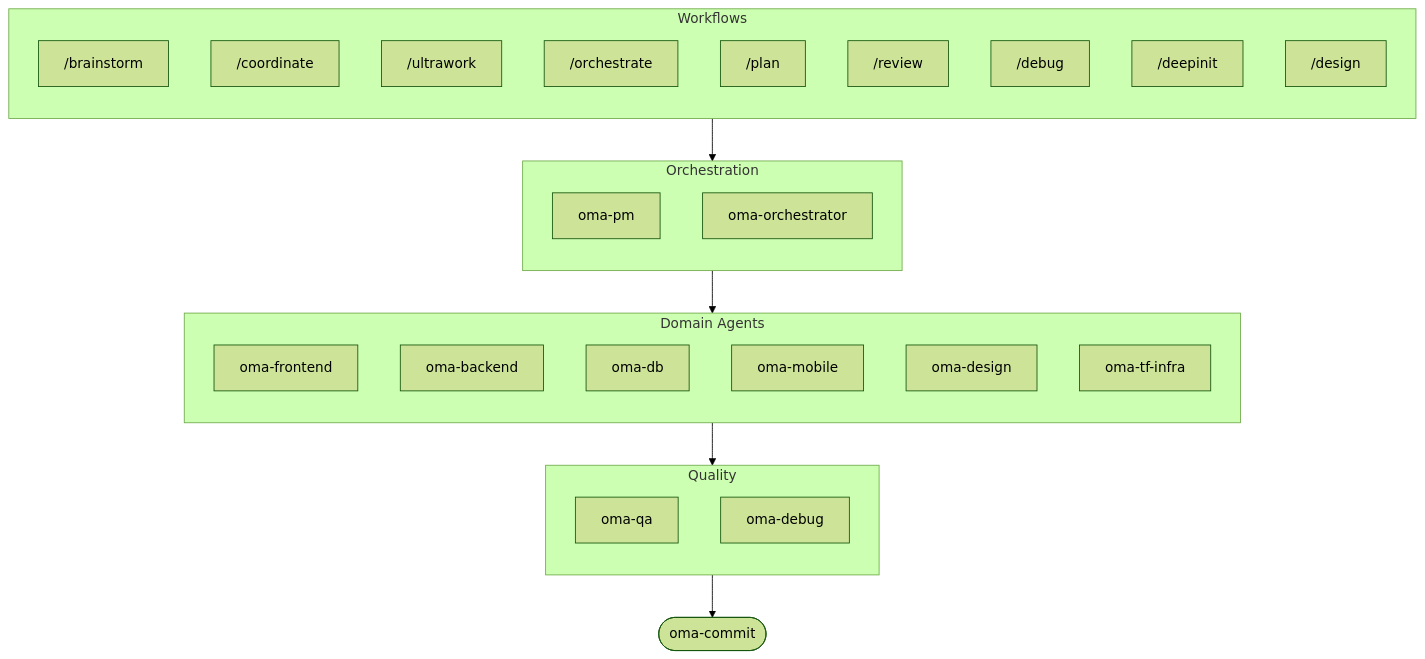
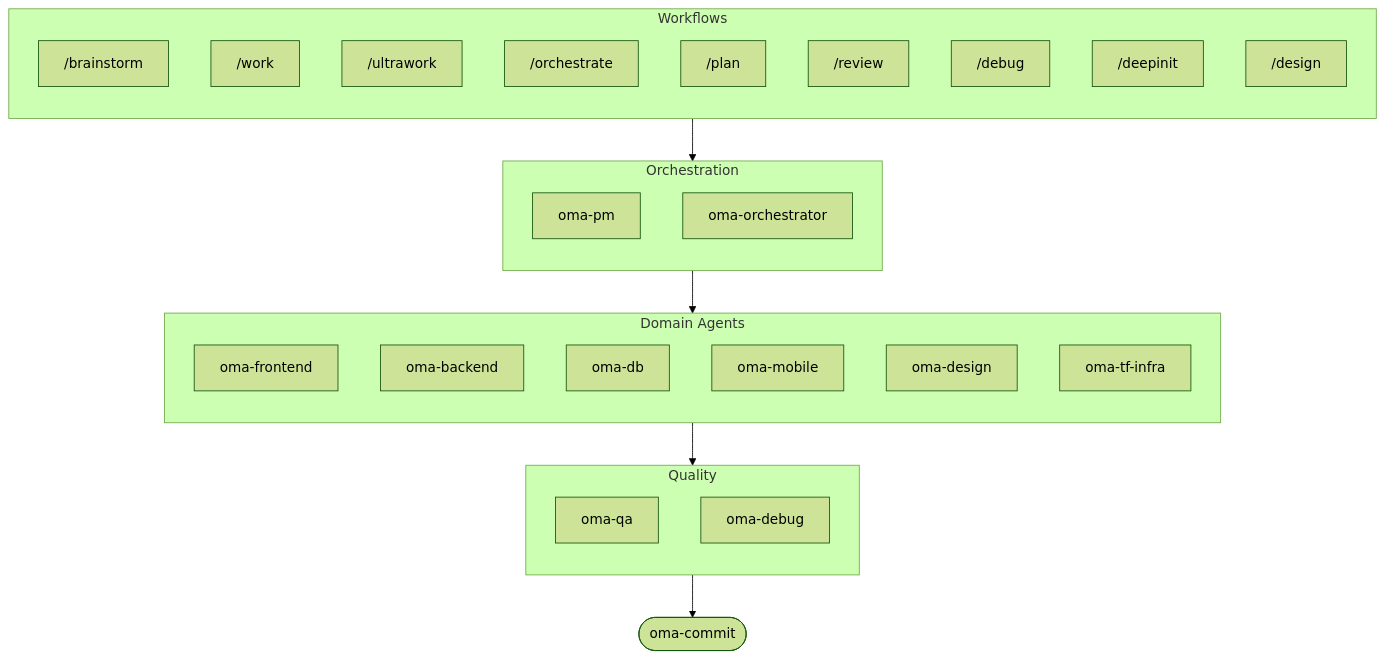
One commit to first-fluke/oh-my-agent changed the diagram in README.md. Above: the diagram before and after it, drawn with Mermaid (forest theme). The commit also changed other lines of this file and 138 other files, not shown here.

First line of the commit message:
refactor: rename /coordinate workflow to /work

````diff
--- a/README.md
+++ b/README.md
@@ -112,42 +112,42 @@
 ```mermaid
 flowchart TD
     subgraph Workflows["Workflows"]
         direction TB
         W0["/brainstorm"]
-        W1["/coordinate"]
+        W1["/work"]
         W1b["/ultrawork"]
         W2["/orchestrate"]
         W3["/plan"]
         W4["/review"]
         W5["/debug"]
         W6["/deepinit"]
         W7["/design"]
     end
 
     subgraph Orchestration["Orchestration"]
         direction TB
         PM[oma-pm]
         ORC[oma-orchestrator]
     end
 
     subgraph Domain["Domain Agents"]
         direction TB
         FE[oma-frontend]
         BE[oma-backend]
         DB[oma-db]
         MB[oma-mobile]
         DES[oma-design]
         TF[oma-tf-infra]
     end
 
     subgraph Quality["Quality"]
         direction TB
         QA[oma-qa]
         DBG[oma-debug]
     end
 
     Workflows --> Orchestration
     Orchestration --> Domain
     Domain --> Quality
     Quality --> CMT([oma-commit])
 ```
````
